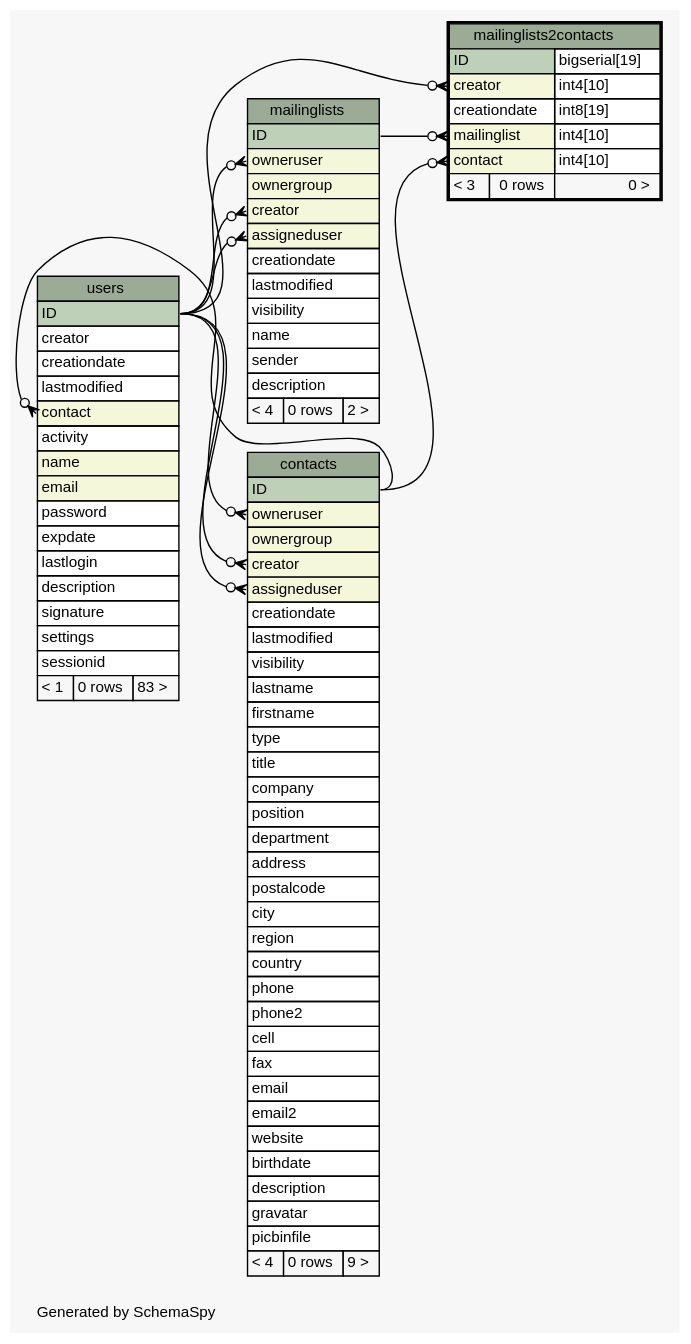
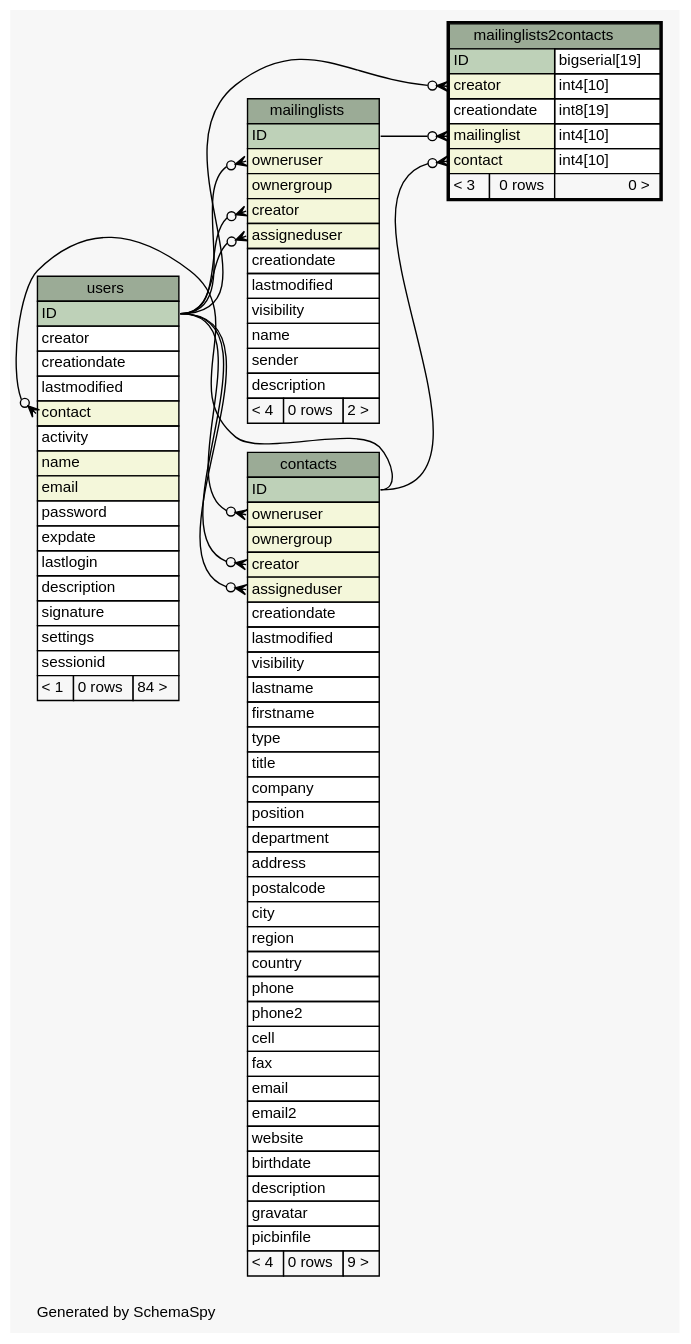
The diagram in diagrams/mailinglists2contacts.1degree.dot (zeyosinc/zeyos-schema), drawn with Graphviz before and after one commit. The commit also changed 291 other files, not shown here.

```diff
--- a/diagrams/mailinglists2contacts.1degree.dot
+++ b/diagrams/mailinglists2contacts.1degree.dot
@@ -1,130 +1,130 @@
 // dot 2.38.0 on Windows 8.1 6.3
 // SchemaSpy rev 590
 digraph "oneDegreeRelationshipsDiagram" {
   graph [
     rankdir="RL"
     bgcolor="#f7f7f7"
     label="\nGenerated by SchemaSpy"
     labeljust="l"
     nodesep="0.18"
     ranksep="0.46"
     fontname="Helvetica"
     fontsize="11"
   ];
   node [
     fontname="Helvetica"
     fontsize="11"
     shape="plaintext"
   ];
   edge [
     arrowsize="0.8"
   ];
   "contacts":"assigneduser":w -> "users":"ID":e [arrowhead=none dir=back arrowtail=crowodot];
   "contacts":"creator":w -> "users":"ID":e [arrowhead=none dir=back arrowtail=crowodot];
   "contacts":"owneruser":w -> "users":"ID":e [arrowhead=none dir=back arrowtail=crowodot];
   "mailinglists":"assigneduser":w -> "users":"ID":e [arrowhead=none dir=back arrowtail=crowodot];
   "mailinglists":"creator":w -> "users":"ID":e [arrowhead=none dir=back arrowtail=crowodot];
   "mailinglists":"owneruser":w -> "users":"ID":e [arrowhead=none dir=back arrowtail=crowodot];
   "mailinglists2contacts":"contact":w -> "contacts":"ID":e [arrowhead=none dir=back arrowtail=crowodot];
   "mailinglists2contacts":"creator":w -> "users":"ID":e [arrowhead=none dir=back arrowtail=crowodot];
   "mailinglists2contacts":"mailinglist":w -> "mailinglists":"ID":e [arrowhead=none dir=back arrowtail=crowodot];
   "users":"contact":w -> "contacts":"ID":e [arrowhead=none dir=back arrowtail=crowodot];
   "contacts" [
     label=<
     <TABLE BORDER="0" CELLBORDER="1" CELLSPACING="0" BGCOLOR="#ffffff">
       <TR><TD COLSPAN="3" BGCOLOR="#9bab96" ALIGN="CENTER">contacts</TD></TR>
       <TR><TD PORT="ID" COLSPAN="3" BGCOLOR="#bed1b8" ALIGN="LEFT">ID</TD></TR>
       <TR><TD PORT="owneruser" COLSPAN="3" BGCOLOR="#f4f7da" ALIGN="LEFT">owneruser</TD></TR>
       <TR><TD PORT="ownergroup" COLSPAN="3" BGCOLOR="#f4f7da" ALIGN="LEFT">ownergroup</TD></TR>
       <TR><TD PORT="creator" COLSPAN="3" BGCOLOR="#f4f7da" ALIGN="LEFT">creator</TD></TR>
       <TR><TD PORT="assigneduser" COLSPAN="3" BGCOLOR="#f4f7da" ALIGN="LEFT">assigneduser</TD></TR>
       <TR><TD PORT="creationdate" COLSPAN="3" ALIGN="LEFT">creationdate</TD></TR>
       <TR><TD PORT="lastmodified" COLSPAN="3" ALIGN="LEFT">lastmodified</TD></TR>
       <TR><TD PORT="visibility" COLSPAN="3" ALIGN="LEFT">visibility</TD></TR>
       <TR><TD PORT="lastname" COLSPAN="3" ALIGN="LEFT">lastname</TD></TR>
       <TR><TD PORT="firstname" COLSPAN="3" ALIGN="LEFT">firstname</TD></TR>
       <TR><TD PORT="type" COLSPAN="3" ALIGN="LEFT">type</TD></TR>
       <TR><TD PORT="title" COLSPAN="3" ALIGN="LEFT">title</TD></TR>
       <TR><TD PORT="company" COLSPAN="3" ALIGN="LEFT">company</TD></TR>
       <TR><TD PORT="position" COLSPAN="3" ALIGN="LEFT">position</TD></TR>
       <TR><TD PORT="department" COLSPAN="3" ALIGN="LEFT">department</TD></TR>
       <TR><TD PORT="address" COLSPAN="3" ALIGN="LEFT">address</TD></TR>
       <TR><TD PORT="postalcode" COLSPAN="3" ALIGN="LEFT">postalcode</TD></TR>
       <TR><TD PORT="city" COLSPAN="3" ALIGN="LEFT">city</TD></TR>
       <TR><TD PORT="region" COLSPAN="3" ALIGN="LEFT">region</TD></TR>
       <TR><TD PORT="country" COLSPAN="3" ALIGN="LEFT">country</TD></TR>
       <TR><TD PORT="phone" COLSPAN="3" ALIGN="LEFT">phone</TD></TR>
       <TR><TD PORT="phone2" COLSPAN="3" ALIGN="LEFT">phone2</TD></TR>
       <TR><TD PORT="cell" COLSPAN="3" ALIGN="LEFT">cell</TD></TR>
       <TR><TD PORT="fax" COLSPAN="3" ALIGN="LEFT">fax</TD></TR>
       <TR><TD PORT="email" COLSPAN="3" ALIGN="LEFT">email</TD></TR>
       <TR><TD PORT="email2" COLSPAN="3" ALIGN="LEFT">email2</TD></TR>
       <TR><TD PORT="website" COLSPAN="3" ALIGN="LEFT">website</TD></TR>
       <TR><TD PORT="birthdate" COLSPAN="3" ALIGN="LEFT">birthdate</TD></TR>
       <TR><TD PORT="description" COLSPAN="3" ALIGN="LEFT">description</TD></TR>
       <TR><TD PORT="gravatar" COLSPAN="3" ALIGN="LEFT">gravatar</TD></TR>
       <TR><TD PORT="picbinfile" COLSPAN="3" ALIGN="LEFT">picbinfile</TD></TR>
       <TR><TD ALIGN="LEFT" BGCOLOR="#f7f7f7">&lt; 4</TD><TD ALIGN="RIGHT" BGCOLOR="#f7f7f7">0 rows</TD><TD ALIGN="RIGHT" BGCOLOR="#f7f7f7">9 &gt;</TD></TR>
     </TABLE>>
     URL="contacts.html"
     tooltip="contacts"
   ];
   "mailinglists" [
     label=<
     <TABLE BORDER="0" CELLBORDER="1" CELLSPACING="0" BGCOLOR="#ffffff">
       <TR><TD COLSPAN="3" BGCOLOR="#9bab96" ALIGN="CENTER">mailinglists</TD></TR>
       <TR><TD PORT="ID" COLSPAN="3" BGCOLOR="#bed1b8" ALIGN="LEFT">ID</TD></TR>
       <TR><TD PORT="owneruser" COLSPAN="3" BGCOLOR="#f4f7da" ALIGN="LEFT">owneruser</TD></TR>
       <TR><TD PORT="ownergroup" COLSPAN="3" BGCOLOR="#f4f7da" ALIGN="LEFT">ownergroup</TD></TR>
       <TR><TD PORT="creator" COLSPAN="3" BGCOLOR="#f4f7da" ALIGN="LEFT">creator</TD></TR>
       <TR><TD PORT="assigneduser" COLSPAN="3" BGCOLOR="#f4f7da" ALIGN="LEFT">assigneduser</TD></TR>
       <TR><TD PORT="creationdate" COLSPAN="3" ALIGN="LEFT">creationdate</TD></TR>
       <TR><TD PORT="lastmodified" COLSPAN="3" ALIGN="LEFT">lastmodified</TD></TR>
       <TR><TD PORT="visibility" COLSPAN="3" ALIGN="LEFT">visibility</TD></TR>
       <TR><TD PORT="name" COLSPAN="3" ALIGN="LEFT">name</TD></TR>
       <TR><TD PORT="sender" COLSPAN="3" ALIGN="LEFT">sender</TD></TR>
       <TR><TD PORT="description" COLSPAN="3" ALIGN="LEFT">description</TD></TR>
       <TR><TD ALIGN="LEFT" BGCOLOR="#f7f7f7">&lt; 4</TD><TD ALIGN="RIGHT" BGCOLOR="#f7f7f7">0 rows</TD><TD ALIGN="RIGHT" BGCOLOR="#f7f7f7">2 &gt;</TD></TR>
     </TABLE>>
     URL="mailinglists.html"
     tooltip="mailinglists"
   ];
   "mailinglists2contacts" [
     label=<
     <TABLE BORDER="2" CELLBORDER="1" CELLSPACING="0" BGCOLOR="#ffffff">
       <TR><TD COLSPAN="3" BGCOLOR="#9bab96" ALIGN="CENTER">mailinglists2contacts</TD></TR>
       <TR><TD PORT="ID" COLSPAN="2" BGCOLOR="#bed1b8" ALIGN="LEFT">ID</TD><TD PORT="ID.type" ALIGN="LEFT">bigserial[19]</TD></TR>
       <TR><TD PORT="creator" COLSPAN="2" BGCOLOR="#f4f7da" ALIGN="LEFT">creator</TD><TD PORT="creator.type" ALIGN="LEFT">int4[10]</TD></TR>
       <TR><TD PORT="creationdate" COLSPAN="2" ALIGN="LEFT">creationdate</TD><TD PORT="creationdate.type" ALIGN="LEFT">int8[19]</TD></TR>
       <TR><TD PORT="mailinglist" COLSPAN="2" BGCOLOR="#f4f7da" ALIGN="LEFT">mailinglist</TD><TD PORT="mailinglist.type" ALIGN="LEFT">int4[10]</TD></TR>
       <TR><TD PORT="contact" COLSPAN="2" BGCOLOR="#f4f7da" ALIGN="LEFT">contact</TD><TD PORT="contact.type" ALIGN="LEFT">int4[10]</TD></TR>
       <TR><TD ALIGN="LEFT" BGCOLOR="#f7f7f7">&lt; 3</TD><TD ALIGN="RIGHT" BGCOLOR="#f7f7f7">0 rows</TD><TD ALIGN="RIGHT" BGCOLOR="#f7f7f7">0 &gt;</TD></TR>
     </TABLE>>
     URL="mailinglists2contacts.html"
     tooltip="mailinglists2contacts"
   ];
   "users" [
     label=<
     <TABLE BORDER="0" CELLBORDER="1" CELLSPACING="0" BGCOLOR="#ffffff">
       <TR><TD COLSPAN="3" BGCOLOR="#9bab96" ALIGN="CENTER">users</TD></TR>
       <TR><TD PORT="ID" COLSPAN="3" BGCOLOR="#bed1b8" ALIGN="LEFT">ID</TD></TR>
       <TR><TD PORT="creator" COLSPAN="3" ALIGN="LEFT">creator</TD></TR>
       <TR><TD PORT="creationdate" COLSPAN="3" ALIGN="LEFT">creationdate</TD></TR>
       <TR><TD PORT="lastmodified" COLSPAN="3" ALIGN="LEFT">lastmodified</TD></TR>
       <TR><TD PORT="contact" COLSPAN="3" BGCOLOR="#f4f7da" ALIGN="LEFT">contact</TD></TR>
       <TR><TD PORT="activity" COLSPAN="3" ALIGN="LEFT">activity</TD></TR>
       <TR><TD PORT="name" COLSPAN="3" BGCOLOR="#f4f7da" ALIGN="LEFT">name</TD></TR>
       <TR><TD PORT="email" COLSPAN="3" BGCOLOR="#f4f7da" ALIGN="LEFT">email</TD></TR>
       <TR><TD PORT="password" COLSPAN="3" ALIGN="LEFT">password</TD></TR>
       <TR><TD PORT="expdate" COLSPAN="3" ALIGN="LEFT">expdate</TD></TR>
       <TR><TD PORT="lastlogin" COLSPAN="3" ALIGN="LEFT">lastlogin</TD></TR>
       <TR><TD PORT="description" COLSPAN="3" ALIGN="LEFT">description</TD></TR>
       <TR><TD PORT="signature" COLSPAN="3" ALIGN="LEFT">signature</TD></TR>
       <TR><TD PORT="settings" COLSPAN="3" ALIGN="LEFT">settings</TD></TR>
       <TR><TD PORT="sessionid" COLSPAN="3" ALIGN="LEFT">sessionid</TD></TR>
-      <TR><TD ALIGN="LEFT" BGCOLOR="#f7f7f7">&lt; 1</TD><TD ALIGN="RIGHT" BGCOLOR="#f7f7f7">0 rows</TD><TD ALIGN="RIGHT" BGCOLOR="#f7f7f7">83 &gt;</TD></TR>
+      <TR><TD ALIGN="LEFT" BGCOLOR="#f7f7f7">&lt; 1</TD><TD ALIGN="RIGHT" BGCOLOR="#f7f7f7">0 rows</TD><TD ALIGN="RIGHT" BGCOLOR="#f7f7f7">84 &gt;</TD></TR>
     </TABLE>>
     URL="users.html"
     tooltip="users"
   ];
 }
```
